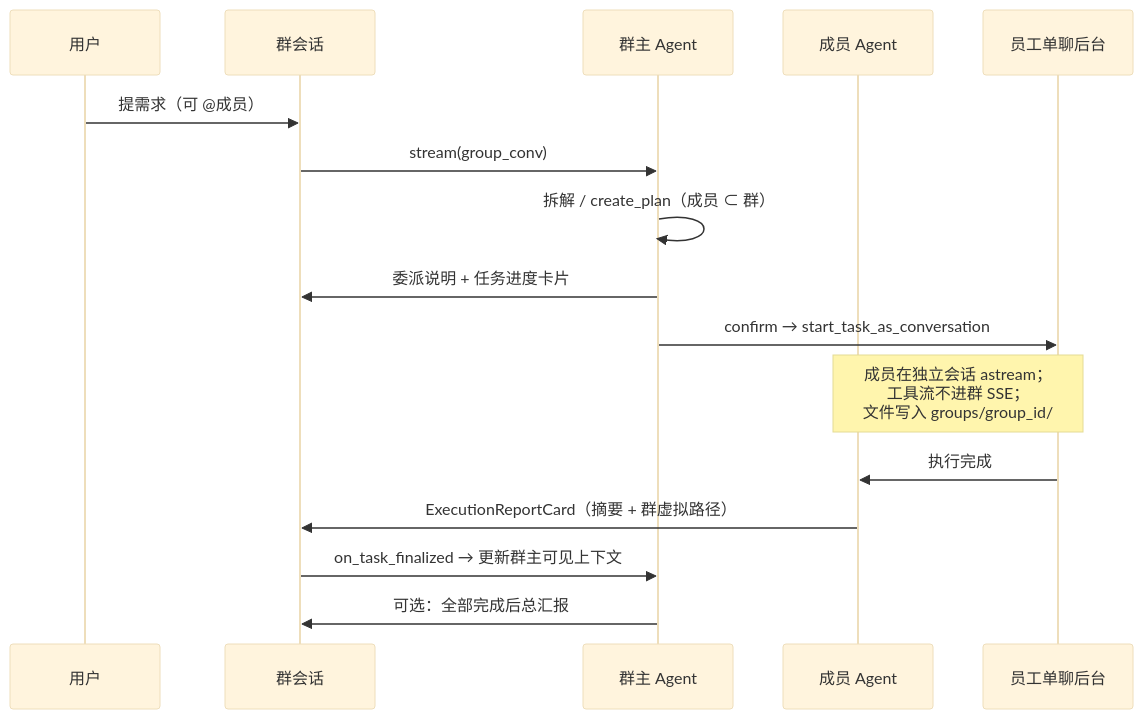
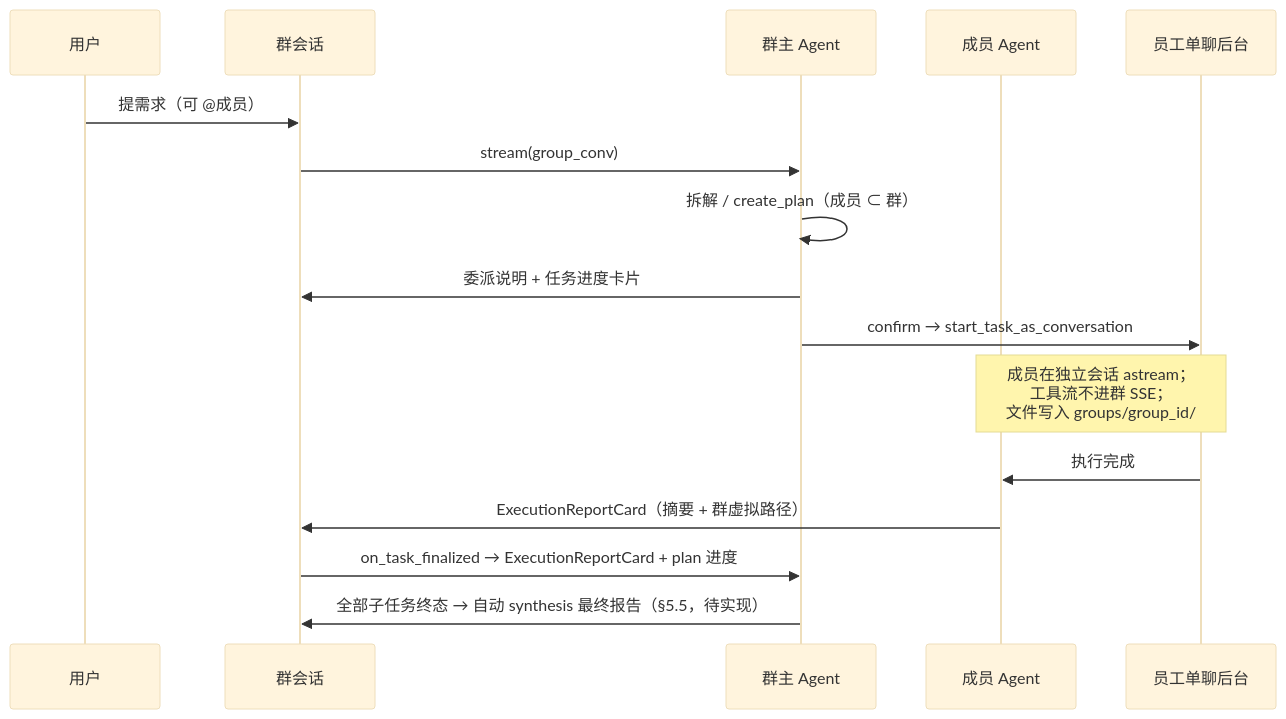
One commit to rzx007/digital-employe-client-web-m changed the first of 4 diagrams in docs/group-chat-design.md. Above: the diagram before and after it, drawn with Mermaid (base theme). The commit also changed other lines of this file and 1 other file, not shown here.

````diff
--- a/docs/group-chat-design.md
+++ b/docs/group-chat-design.md
@@ -69,19 +84,19 @@
 ```mermaid
 sequenceDiagram
   participant U as 用户
   participant G as 群会话
   participant O as 群主 Agent
   participant M as 成员 Agent
   participant E as 员工单聊后台
 
   U->>G: 提需求（可 @成员）
   G->>O: stream(group_conv)
   O->>O: 拆解 / create_plan（成员 ⊂ 群）
   O->>G: 委派说明 + 任务进度卡片
   O->>E: confirm → start_task_as_conversation
   Note over E,M: 成员在独立会话 astream；<br/>工具流不进群 SSE；<br/>文件写入 groups/group_id/
   E->>M: 执行完成
   M->>G: ExecutionReportCard（摘要 + 群虚拟路径）
-  G->>O: on_task_finalized → 更新群主可见上下文
-  O->>G: 可选：全部完成后总汇报
+  G->>O: on_task_finalized → ExecutionReportCard + plan 进度
+  O->>G: 全部子任务终态 → 自动 synthesis 最终报告（§5.5，待实现）
 ```
````
